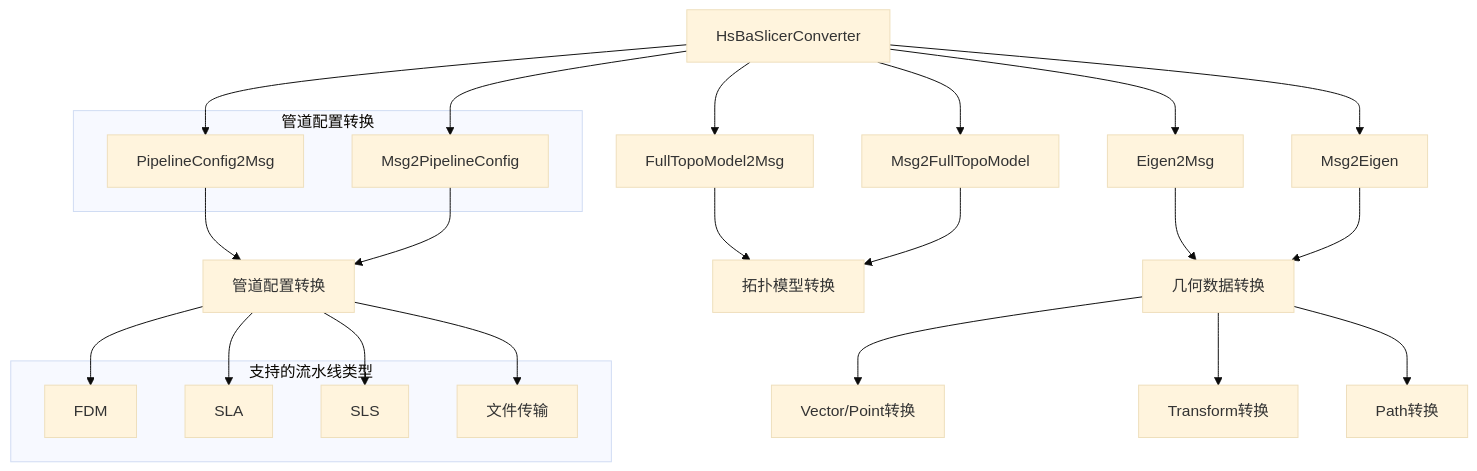
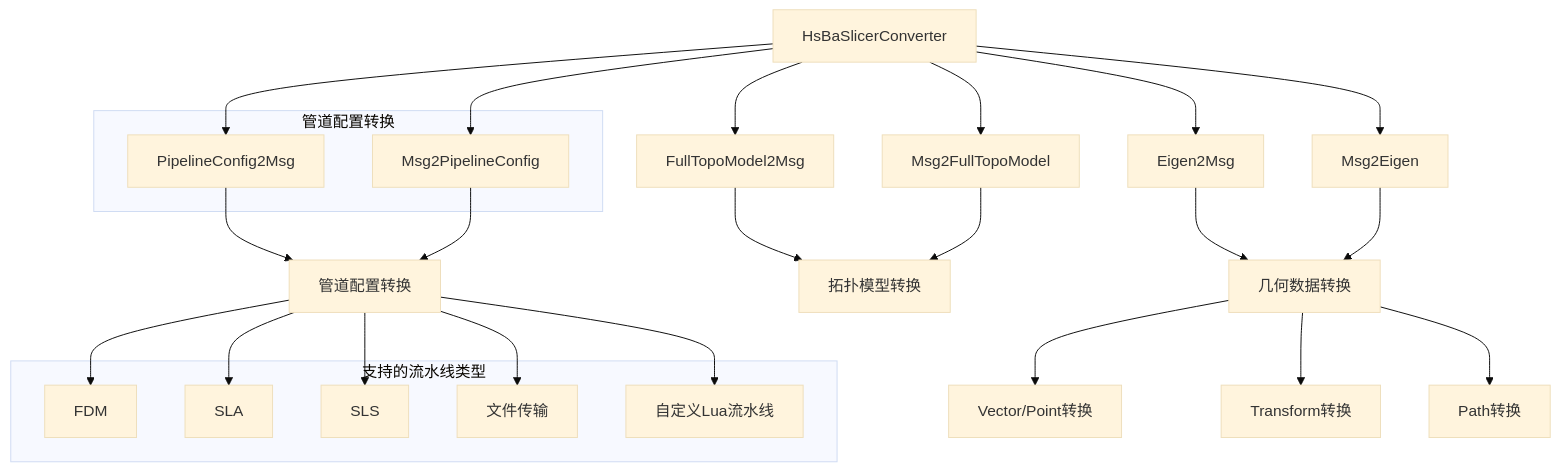
One commit to hsmbanlance/HsBaSlicer changed the sixth of 10 diagrams in .qoder/repowiki/zh/content/扩展与集成/Protobuf数据交换/Protobuf数据交换.md. Above: the diagram before and after it, drawn with Mermaid (base theme). The commit also changed other lines of this file and 14 other files, not shown here.

````diff
--- a/.qoder/repowiki/zh/content/扩展与集成/Protobuf数据交换/Protobuf数据交换.md
+++ b/.qoder/repowiki/zh/content/扩展与集成/Protobuf数据交换/Protobuf数据交换.md
@@ -275,32 +280,34 @@
 ```mermaid
 graph TD
 A[HsBaSlicerConverter] --> B[Eigen2Msg]
 A --> C[Msg2Eigen]
 A --> D[FullTopoModel2Msg]
 A --> E[Msg2FullTopoModel]
 A --> F[PipelineConfig2Msg]
 A --> G[Msg2PipelineConfig]
 B --> H[几何数据转换]
 C --> H
 D --> I[拓扑模型转换]
 E --> I
 F --> J[管道配置转换]
 G --> J
 H --> K[Vector/Point转换]
 H --> L[Transform转换]
 H --> M[Path转换]
 subgraph "管道配置转换"
 F
 G
 end
 subgraph "支持的流水线类型"
 N[FDM]
 O[SLA]
 P[SLS]
 Q[文件传输]
+R[自定义Lua流水线]
 end
 J --> N
 J --> O
 J --> P
 J --> Q
+J --> R
 ```
````
